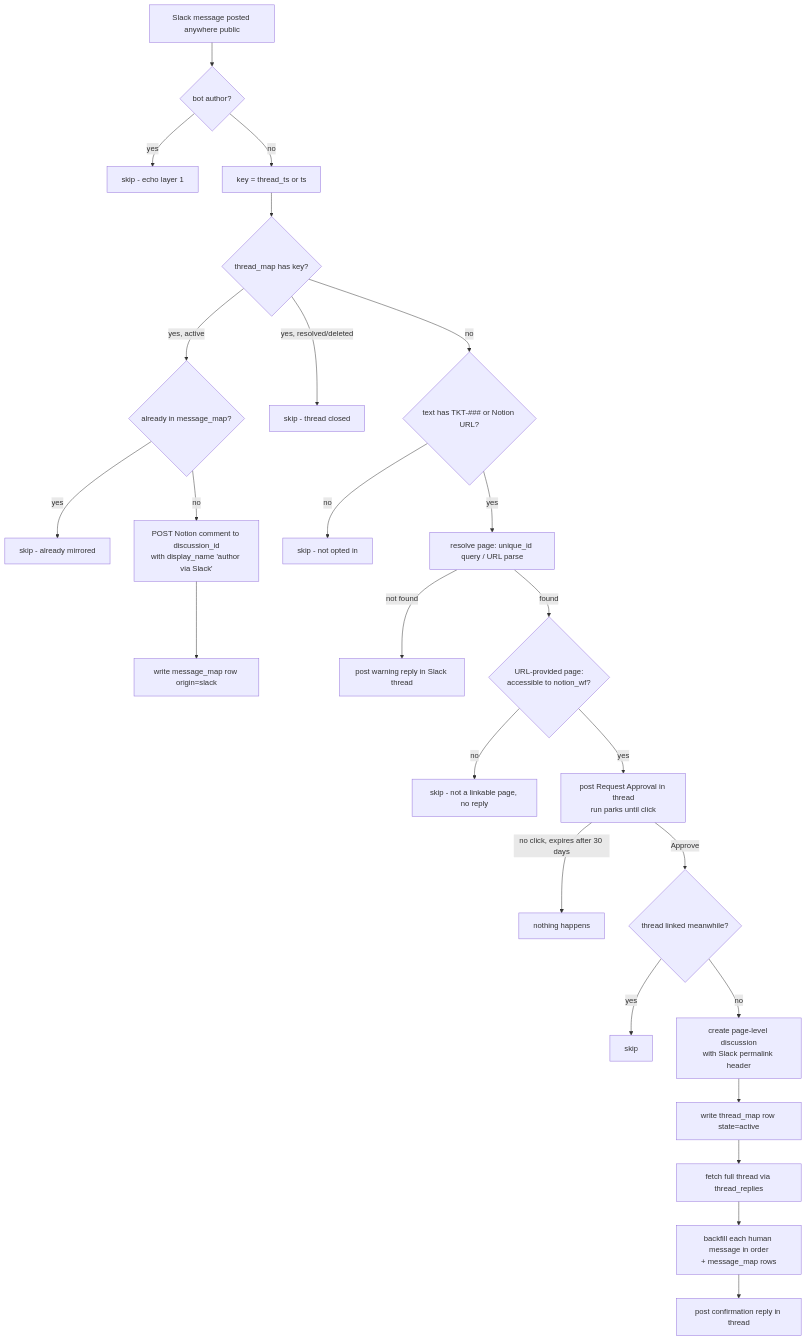
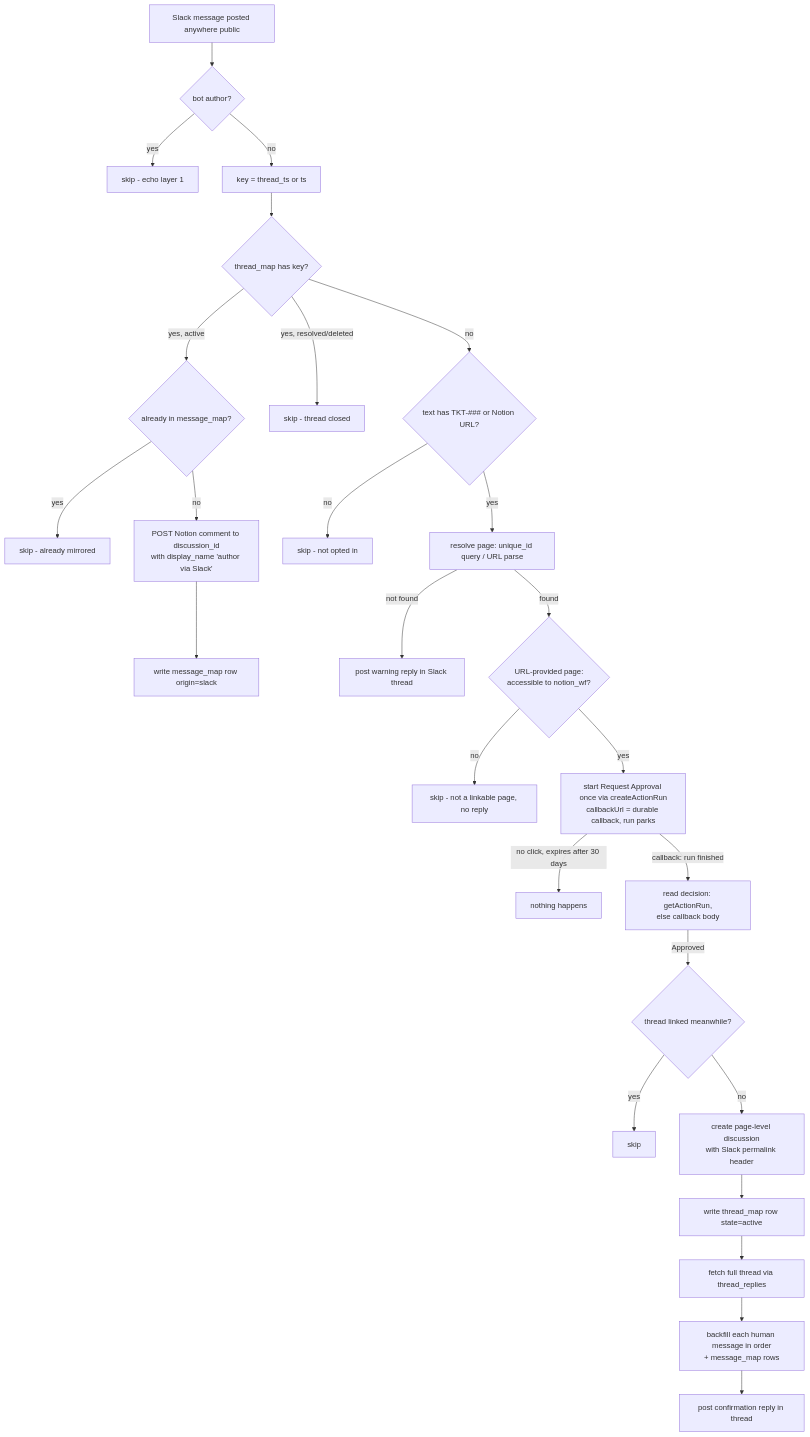
The diagram in slack-thread-to-notion-discussion/README.md (work-flowers/zapier-sdk), drawn with Mermaid before and after one commit. The commit also changed other lines of this file and 1 other file, not shown here.

Commit message:
slack-thread-to-notion-discussion: post the approval prompt once
runAction polls a held Request Approval for at most 180s, then throws
ZAPIER_TIMEOUT_ERROR; inside a ctx.step each retry posted a new prompt
(four in #deal-alfalah on 2026-10-05), and a click on a timed-out
attempt linked nothing. Start the approval with createActionRun and
park on a ctx.createCallback passed as its callbackUrl, then read the
decision via getActionRun (callback body as fallback past 7 days).

Claude-Session: https://claude.ai/code/session_01WDGqvbkHh3DvvKYib692QC

````diff
--- a/slack-thread-to-notion-discussion/README.md
+++ b/slack-thread-to-notion-discussion/README.md
@@ -13,27 +13,28 @@
 ```mermaid
 flowchart TD
     T[Slack message posted anywhere public] --> B{bot author?}
     B -- yes --> S1[skip - echo layer 1]
     B -- no --> K[key = thread_ts or ts]
     K --> L{thread_map has key?}
     L -- "yes, active" --> D{already in message_map?}
     D -- yes --> S2[skip - already mirrored]
     D -- no --> C[POST Notion comment to discussion_id\nwith display_name 'author via Slack']
     C --> W[write message_map row origin=slack]
     L -- "yes, resolved/deleted" --> S3[skip - thread closed]
     L -- no --> R{text has TKT-### or Notion URL?}
     R -- no --> S4[skip - not opted in]
     R -- yes --> Q[resolve page: unique_id query / URL parse]
     Q -- not found --> N[post warning reply in Slack thread]
     Q -- found --> X{URL-provided page:\naccessible to notion_wf?}
     X -- no --> S5[skip - not a linkable page, no reply]
-    X -- yes --> AP[post Request Approval in thread\nrun parks until click]
+    X -- yes --> AP[start Request Approval once via createActionRun\ncallbackUrl = durable callback, run parks]
     AP -- "no click, expires after 30 days" --> S6[nothing happens]
-    AP -- Approve --> RC{thread linked meanwhile?}
+    AP -- "callback: run finished" --> RD[read decision: getActionRun,\nelse callback body]
+    RD -- Approved --> RC{thread linked meanwhile?}
     RC -- yes --> S7[skip]
     RC -- no --> P[create page-level discussion\nwith Slack permalink header]
     P --> M[write thread_map row state=active]
     M --> F[fetch full thread via thread_replies]
     F --> BF[backfill each human message in order\n+ message_map rows]
     BF --> OK[post confirmation reply in thread]
 ```
````
